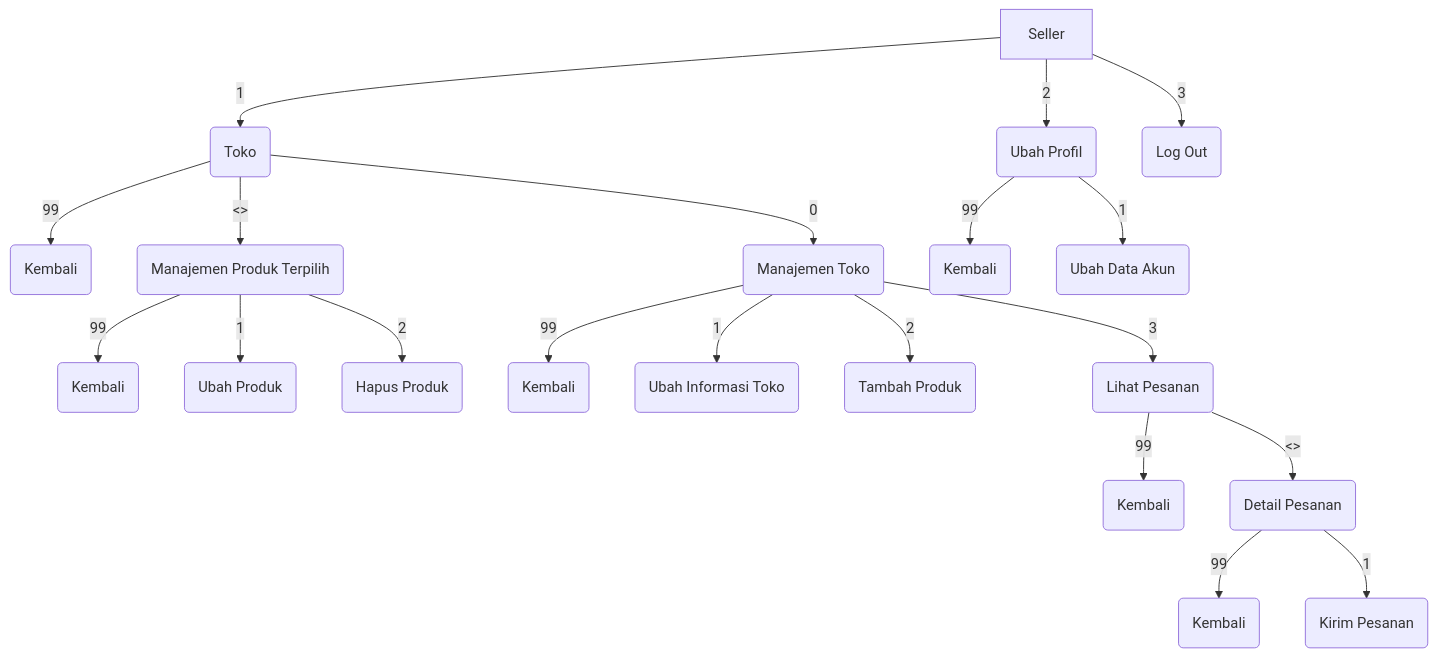
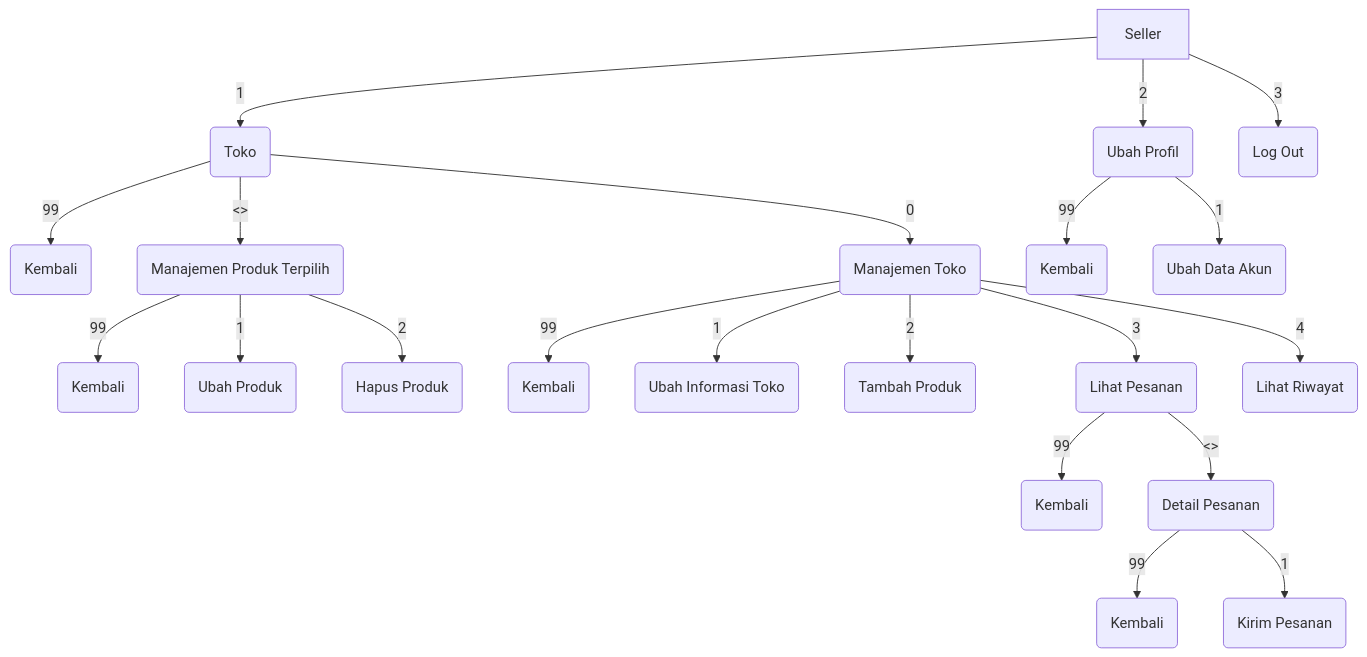
One commit to Viabelous/ProjekAkhirPBO changed the third of 3 diagrams in README.md. Above: the diagram before and after it, drawn with Mermaid. The commit also changed other lines of this file, not shown here.

````diff
--- a/README.md
+++ b/README.md
@@ -126,26 +127,27 @@
 ```mermaid
 graph
 
 A[Seller] -- 1 --> B(Toko)
 	B -- 99 --> BA(Kembali)
 	B -- 0 --> BB(Manajemen Toko)
 	B -- <> --> BC(Manajemen Produk Terpilih)
 		BC -- 99 --> BCA(Kembali)
 		BC -- 1 --> BCB(Ubah Produk)
 		BC -- 2 --> BCC(Hapus Produk)
 
 BB -- 99 --> BBA(Kembali)
 BB -- 1 --> BBB(Ubah Informasi Toko)
 BB -- 2 --> BBC(Tambah Produk)
 BB -- 3 --> BBD(Lihat Pesanan)
 	BBD -- 99 --> BBDA(Kembali)
 	BBD -- <> --> BBDB(Detail Pesanan)
 		BBDB -- 99 --> BBDBA(Kembali)
 		BBDB -- 1 -->  BBDBB(Kirim Pesanan)
+BB -- 4 --> BBE(Lihat Riwayat)
 
 A -- 2 --> C(Ubah Profil)
 C -- 99 --> CA(Kembali)
 C -- 1 --> CB(Ubah Data Akun)
 
 A -- 3 --> D(Log Out)
 ```
````
